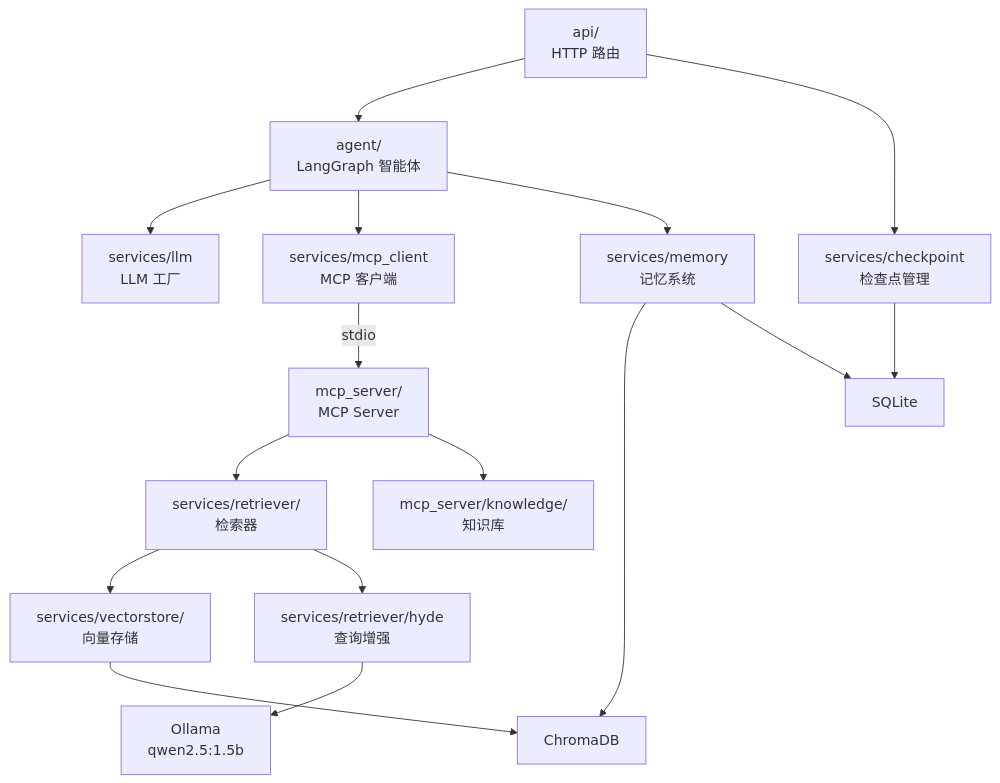
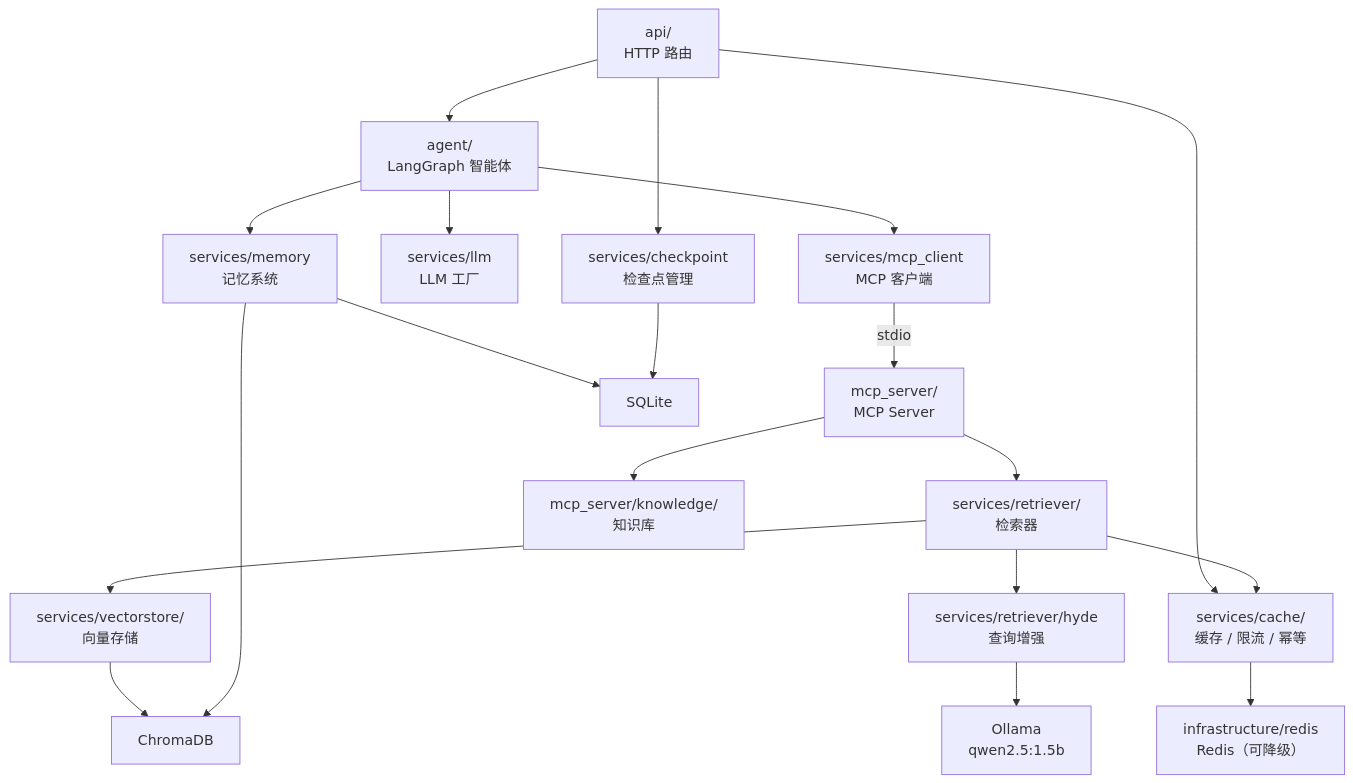
The diagram in docs/guide/modules.md (uuo00n/lexcore-legal-agent), drawn with Mermaid before and after one commit. The commit also changed other lines of this file and 26 other files, not shown here.

````diff
--- a/docs/guide/modules.md
+++ b/docs/guide/modules.md
@@ -5,23 +5,27 @@
 ```mermaid
 graph TD
     API["api/<br/>HTTP 路由"] --> AGENT["agent/<br/>LangGraph 智能体"]
     API --> CP["services/checkpoint<br/>检查点管理"]
 
     AGENT --> LLM["services/llm<br/>LLM 工厂"]
     AGENT --> MCPC["services/mcp_client<br/>MCP 客户端"]
     AGENT --> MEMORY["services/memory<br/>记忆系统"]
 
     MCPC -->|stdio| MCPS["mcp_server/<br/>MCP Server"]
 
     MCPS --> RETRIEVER["services/retriever/<br/>检索器"]
     MCPS --> KNOWLEDGE["mcp_server/knowledge/<br/>知识库"]
 
     RETRIEVER --> VS["services/vectorstore/<br/>向量存储"]
     RETRIEVER --> HYDE["services/retriever/hyde<br/>查询增强"]
 
     HYDE --> LLM_OL["Ollama<br/>qwen2.5:1.5b"]
     VS --> CHROMA["ChromaDB"]
     MEMORY --> CHROMA
     MEMORY --> SQLITE["SQLite"]
     CP --> SQLITE
+
+    API --> CACHE["services/cache/<br/>缓存 / 限流 / 幂等"]
+    RETRIEVER --> CACHE
+    CACHE --> REDIS["infrastructure/redis<br/>Redis（可降级）"]
 ```
````
